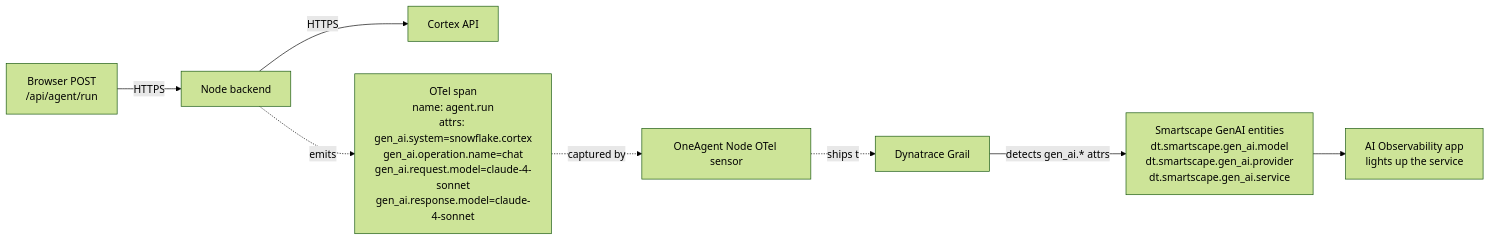
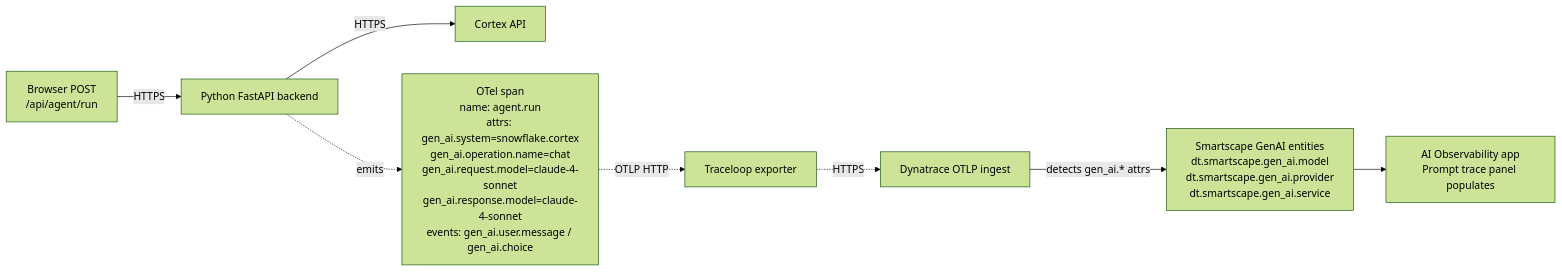
The diagram in README.md (SudoSmitty/fieldops-demo), drawn with Mermaid (forest theme) before and after one commit. The commit also changed other lines of this file and 21 other files, not shown here.

````diff
--- a/README.md
+++ b/README.md
@@ -38,10 +43,10 @@
 ```mermaid
 flowchart LR
-  A[Browser POST<br>/api/agent/run] -->|HTTPS| B[Node backend]
+  A[Browser POST<br>/api/agent/run] -->|HTTPS| B[Python FastAPI backend]
   B -->|HTTPS| C[Cortex API]
-  B -.emits.-> S["OTel span<br>name: agent.run<br>attrs: gen_ai.system=snowflake.cortex<br>gen_ai.operation.name=chat<br>gen_ai.request.model=claude-4-sonnet<br>gen_ai.response.model=claude-4-sonnet"]
-  S -.captured by.-> O[OneAgent Node OTel sensor]
-  O -.ships to.-> G[Dynatrace Grail]
+  B -.emits.-> S["OTel span<br>name: agent.run<br>attrs: gen_ai.system=snowflake.cortex<br>gen_ai.operation.name=chat<br>gen_ai.request.model=claude-4-sonnet<br>gen_ai.response.model=claude-4-sonnet<br>events: gen_ai.user.message / gen_ai.choice"]
+  S -.OTLP HTTP.-> T[Traceloop exporter]
+  T -.HTTPS.-> G[Dynatrace OTLP ingest]
   G -->|detects gen_ai.* attrs| SS[Smartscape GenAI entities<br>dt.smartscape.gen_ai.model<br>dt.smartscape.gen_ai.provider<br>dt.smartscape.gen_ai.service]
-  SS --> AIO[AI Observability app<br>lights up the service]
+  SS --> AIO[AI Observability app<br>Prompt trace panel populates]
 ```
````
